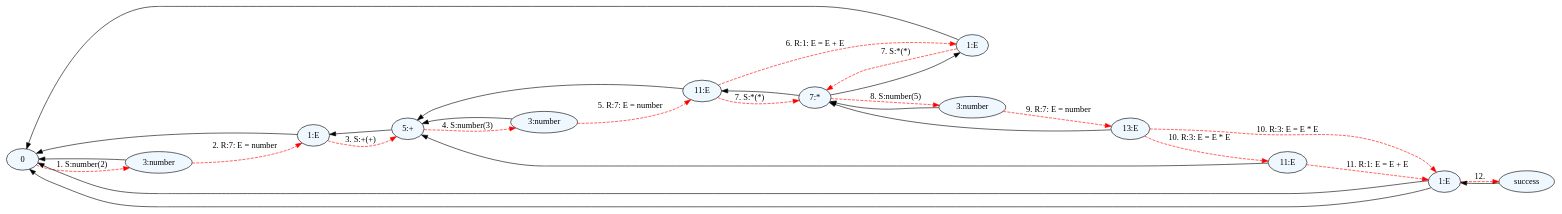
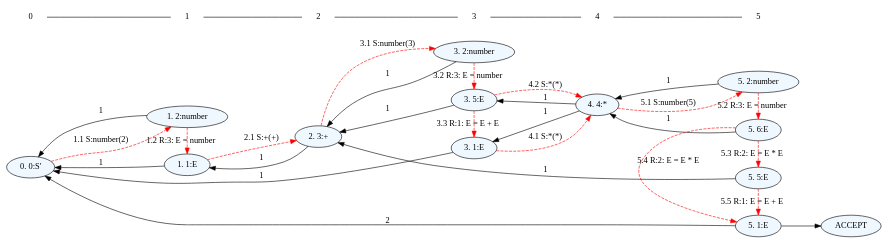
Before and after one commit to igordejanovic/parglare: the diagram in latest/images/parglare_trace.dot, drawn with Graphviz. The commit also changed 27 other files, not shown here.

```diff
--- a/latest/images/parglare_trace.dot
+++ b/latest/images/parglare_trace.dot
@@ -1,53 +1,61 @@
 
     digraph parglare_trace {
     rankdir=LR
     fontname = "Bitstream Vera Sans"
     fontsize = 8
     node[
         style=filled,
         fillcolor=aliceblue
     ]
     nodesep = 0.3
     edge[dir=black,arrowtail=empty]
 
-head_0_0_0 [label="0"];
-head_3_0_1 [label="3:number"];
-head_0_0_0 -> head_3_0_1 [label="1. S:number(2)" color="red" style="dashed"];
-head_3_0_1 -> head_0_0_0;
-head_1_0_1 [label="1:E"];
-head_3_0_1 -> head_1_0_1 [label="2. R:7: E = number" color="red" style="dashed"];
-head_1_0_1 -> head_0_0_0;
-head_5_2_3 [label="5:+"];
-head_1_0_1 -> head_5_2_3 [label="3. S:+(+)" color="red" style="dashed"];
-head_5_2_3 -> head_1_0_1;
-head_3_4_5 [label="3:number"];
-head_5_2_3 -> head_3_4_5 [label="4. S:number(3)" color="red" style="dashed"];
-head_3_4_5 -> head_5_2_3;
-head_11_4_5 [label="11:E"];
-head_3_4_5 -> head_11_4_5 [label="5. R:7: E = number" color="red" style="dashed"];
-head_11_4_5 -> head_5_2_3;
-head_1_0_5 [label="1:E"];
-head_11_4_5 -> head_1_0_5 [label="6. R:1: E = E + E" color="red" style="dashed"];
-head_1_0_5 -> head_0_0_0;
-head_7_6_7 [label="7:*"];
-head_11_4_5 -> head_7_6_7 [label="7. S:*(*)" color="red" style="dashed"];
-head_7_6_7 -> head_11_4_5;
-head_1_0_5 -> head_7_6_7 [label="7. S:*(*)" color="red" style="dashed"];
-head_7_6_7 -> head_1_0_5;
-head_3_8_9 [label="3:number"];
-head_7_6_7 -> head_3_8_9 [label="8. S:number(5)" color="red" style="dashed"];
-head_3_8_9 -> head_7_6_7;
-head_13_8_9 [label="13:E"];
-head_3_8_9 -> head_13_8_9 [label="9. R:7: E = number" color="red" style="dashed"];
-head_13_8_9 -> head_7_6_7;
-head_1_0_9 [label="1:E"];
-head_13_8_9 -> head_1_0_9 [label="10. R:3: E = E * E" color="red" style="dashed"];
-head_1_0_9 -> head_0_0_0;
-head_11_4_9 [label="11:E"];
-head_13_8_9 -> head_11_4_9 [label="10. R:3: E = E * E" color="red" style="dashed"];
-head_11_4_9 -> head_5_2_3;
-head_11_4_9 -> head_1_0_9 [label="11. R:1: E = E + E" color="red" style="dashed"];
-head_1_0_9 -> head_0_0_0;
-head_1_0_9 -> success [label="12. " color="red" style="dashed"];
-success -> head_1_0_9;
+head_0_0 [label="0. 0:S'"];
+head_1_2 [label="1. 2:number"];
+head_1_1 [label="1. 1:E"];
+head_1_2 -> head_0_0 [label="1"];
+head_0_0 -> head_1_2 [label="1.1 S:number(2)" color="red" style="dashed"];
+head_1_1 -> head_0_0 [label="1"];
+head_1_2 -> head_1_1 [label="1.2 R:3: E = number" color="red" style="dashed"];
+head_2_3 [label="2. 3:+"];
+head_2_3 -> head_1_1 [label="1"];
+head_1_1 -> head_2_3 [label="2.1 S:+(+)" color="red" style="dashed"];
+head_3_2 [label="3. 2:number"];
+head_3_5 [label="3. 5:E"];
+head_3_1 [label="3. 1:E"];
+head_3_2 -> head_2_3 [label="1"];
+head_2_3 -> head_3_2 [label="3.1 S:number(3)" color="red" style="dashed"];
+head_3_5 -> head_2_3 [label="1"];
+head_3_2 -> head_3_5 [label="3.2 R:3: E = number" color="red" style="dashed"];
+head_3_1 -> head_0_0 [label="1"];
+head_3_5 -> head_3_1 [label="3.3 R:1: E = E + E" color="red" style="dashed"];
+head_4_4 [label="4. 4:*"];
+head_4_4 -> head_3_1 [label="1"];
+head_3_1 -> head_4_4 [label="4.1 S:*(*)" color="red" style="dashed"];
+head_4_4 -> head_3_5 [label="1"];
+head_3_5 -> head_4_4 [label="4.2 S:*(*)" color="red" style="dashed"];
+
+head_5_1 -> ACCEPT;
+head_5_2 [label="5. 2:number"];
+head_5_6 [label="5. 6:E"];
+head_5_5 [label="5. 5:E"];
+head_5_1 [label="5. 1:E"];
+head_5_2 -> head_4_4 [label="1"];
+head_4_4 -> head_5_2 [label="5.1 S:number(5)" color="red" style="dashed"];
+head_5_6 -> head_4_4 [label="1"];
+head_5_2 -> head_5_6 [label="5.2 R:3: E = number" color="red" style="dashed"];
+head_5_5 -> head_2_3 [label="1"];
+head_5_6 -> head_5_5 [label="5.3 R:2: E = E * E" color="red" style="dashed"];
+head_5_1 -> head_0_0 [label="2"];
+head_5_6 -> head_5_1 [label="5.4 R:2: E = E * E" color="red" style="dashed"];
+head_5_5 -> head_5_1 [label="5.5 R:1: E = E + E" color="red" style="dashed"];
+
+node [shape=none, style=""]
+{rank=same; 0;  head_0_0;}
+{rank=same; 1;  head_1_2; head_1_1;}
+{rank=same; 2;  head_2_3;}
+{rank=same; 3;  head_3_2; head_3_5; head_3_1;}
+{rank=same; 4;  head_4_4;}
+{rank=same; 5;  head_5_2; head_5_6; head_5_5; head_5_1;}
+0->1->2->3->4->5[arrowhead=none];
 }
```
